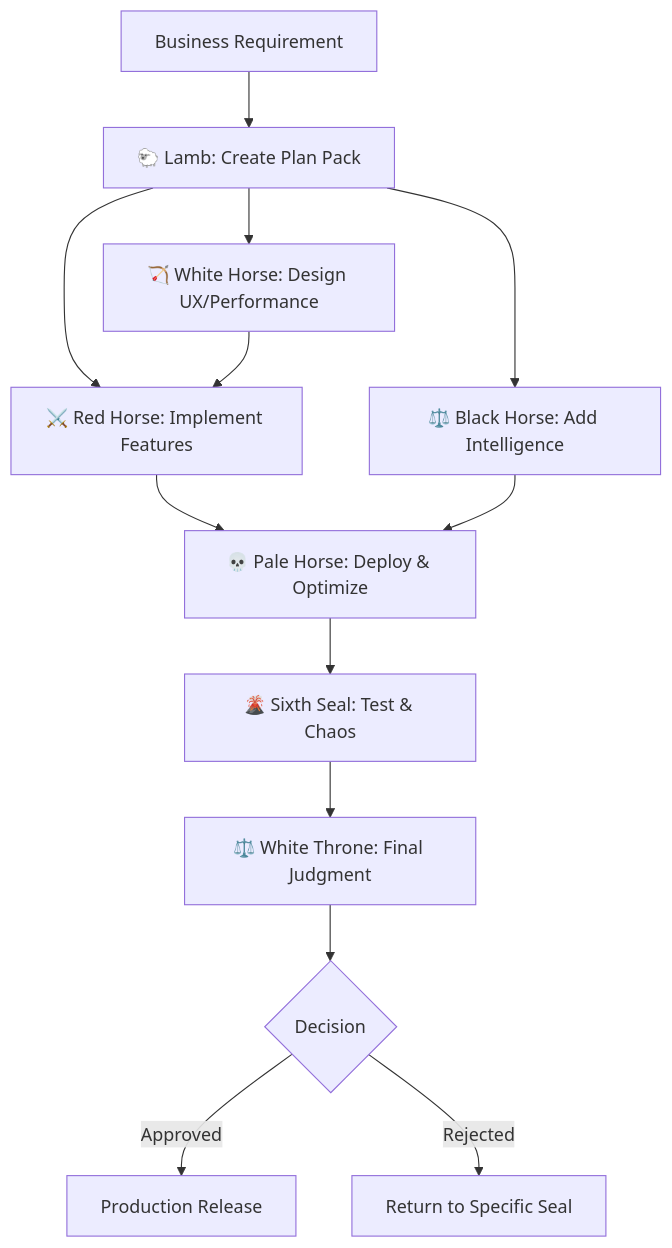
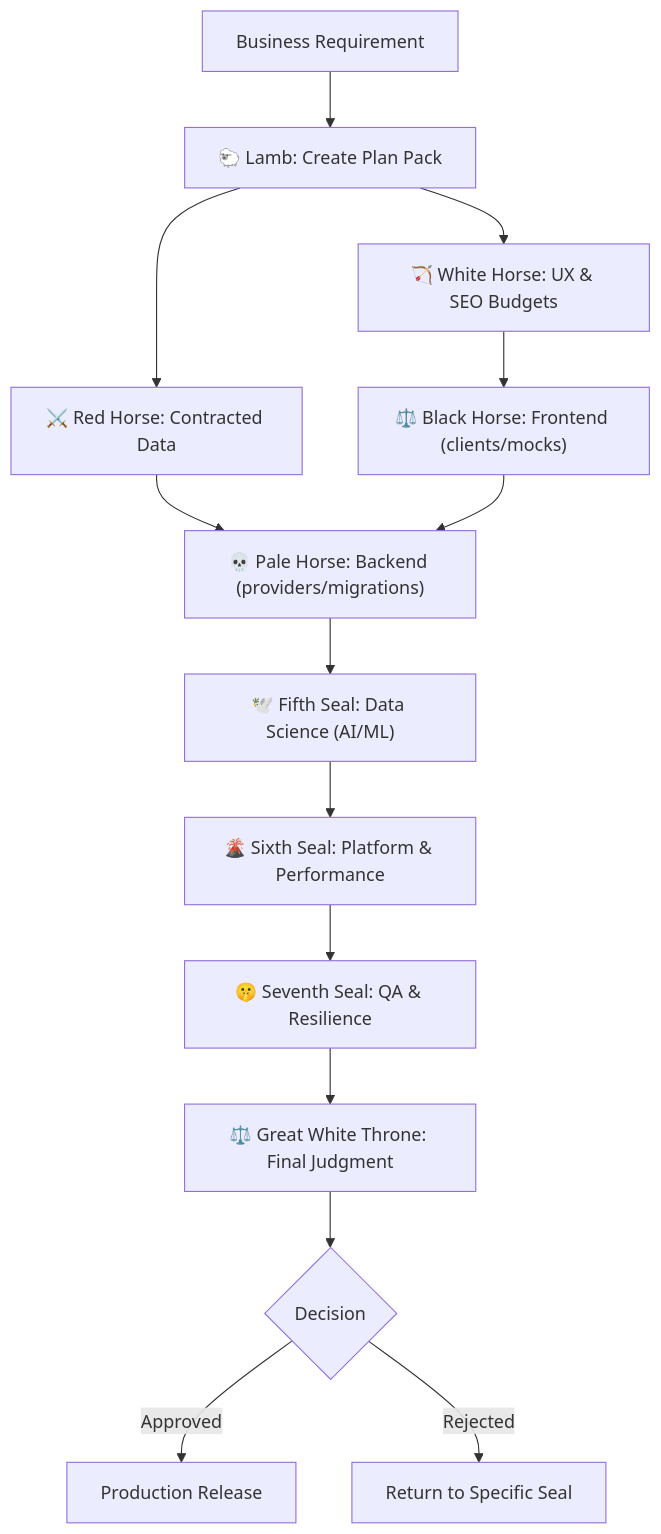
The diagram in README.md (alterans-tech/the-four-ish-agentic-horsemen), drawn with Mermaid before and after one commit. The commit also changed other lines of this file and 45 other files, not shown here.

````diff
--- a/README.md
+++ b/README.md
@@ -99,15 +109,16 @@
 ```mermaid
 graph TD
-    A[Business Requirement] --> B[🐑 Lamb: Create Plan Pack]
-    B --> C[🏹 White Horse: Design UX/Performance]
-    B --> D[⚔️ Red Horse: Implement Features]
-    B --> E[⚖️ Black Horse: Add Intelligence]
-    C --> D
-    D --> F[💀 Pale Horse: Deploy & Optimize]
+    A[Business Requirement] --> B["🐑 Lamb: Create Plan Pack"]
+    B --> C["🏹 White Horse: UX & SEO Budgets"]
+    B --> D["⚔️ Red Horse: Contracted Data"]
+    C --> E["⚖️ Black Horse: Frontend (clients/mocks)"]
+    D --> F["💀 Pale Horse: Backend (providers/migrations)"]
     E --> F
-    F --> G[🌋 Sixth Seal: Test & Chaos]
-    G --> H[⚖️ White Throne: Final Judgment]
-    H --> I{Decision}
-    I -->|Approved| J[Production Release]
-    I -->|Rejected| K[Return to Specific Seal]
+    F --> G["🕊️ Fifth Seal: Data Science (AI/ML)"]
+    G --> H["🌋 Sixth Seal: Platform & Performance"]
+    H --> I["🤫 Seventh Seal: QA & Resilience"]
+    I --> J["⚖️ Great White Throne: Final Judgment"]
+    J --> K{Decision}
+    K -->|Approved| L[Production Release]
+    K -->|Rejected| M[Return to Specific Seal]
 ```
````
